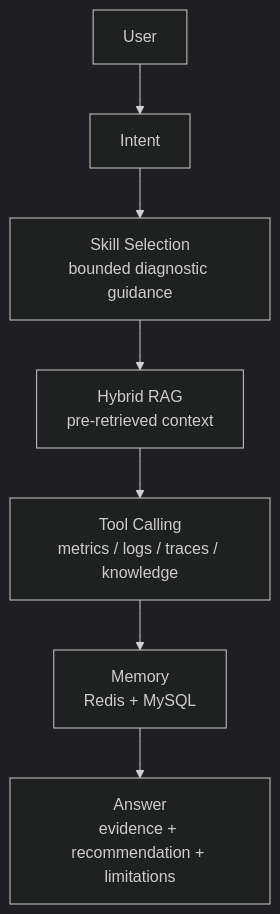
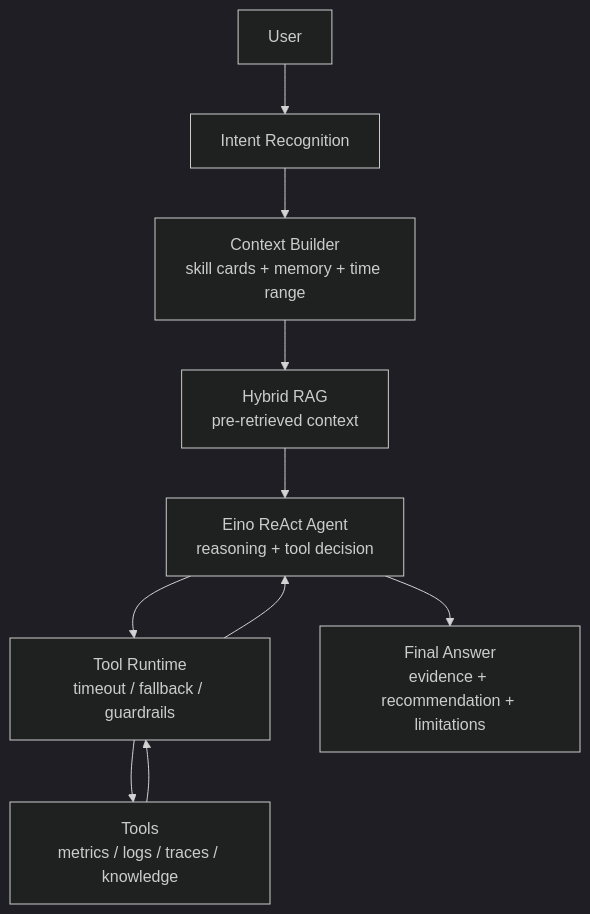
One commit to jiawei-wang-dev/WatchOps-Lite changed the third of 9 diagrams in README.md. Above: the diagram before and after it, drawn with Mermaid (dark theme).

Commit message:
docs: clarify single-agent workflow diagram

````diff
--- a/README.md
+++ b/README.md
@@ -145,9 +145,12 @@
 ```mermaid
 flowchart TB
-    U["User"] --> I["Intent"]
-    I --> S["Skill Selection\nbounded diagnostic guidance"]
-    S --> R["Hybrid RAG\npre-retrieved context"]
-    R --> T["Tool Calling\nmetrics / logs / traces / knowledge"]
-    T --> M["Memory\nRedis + MySQL"]
-    M --> A["Answer\nevidence + recommendation + limitations"]
+    U["User"] --> I["Intent Recognition"]
+    I --> C["Context Builder\nskill cards + memory + time range"]
+    C --> R["Hybrid RAG\npre-retrieved context"]
+    R --> A["Eino ReAct Agent\nreasoning + tool decision"]
+    A --> TR["Tool Runtime\ntimeout / fallback / guardrails"]
+    TR --> T["Tools\nmetrics / logs / traces / knowledge"]
+    T --> TR
+    TR --> A
+    A --> O["Final Answer\nevidence + recommendation + limitations"]
 ```
````
